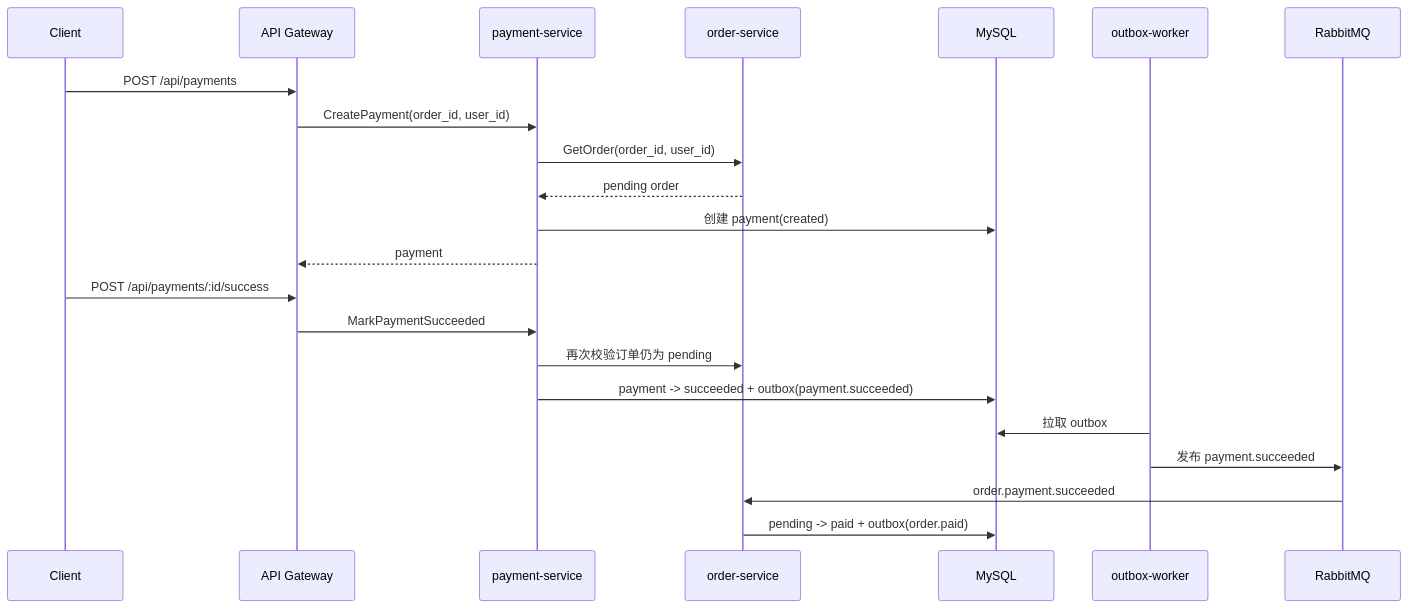
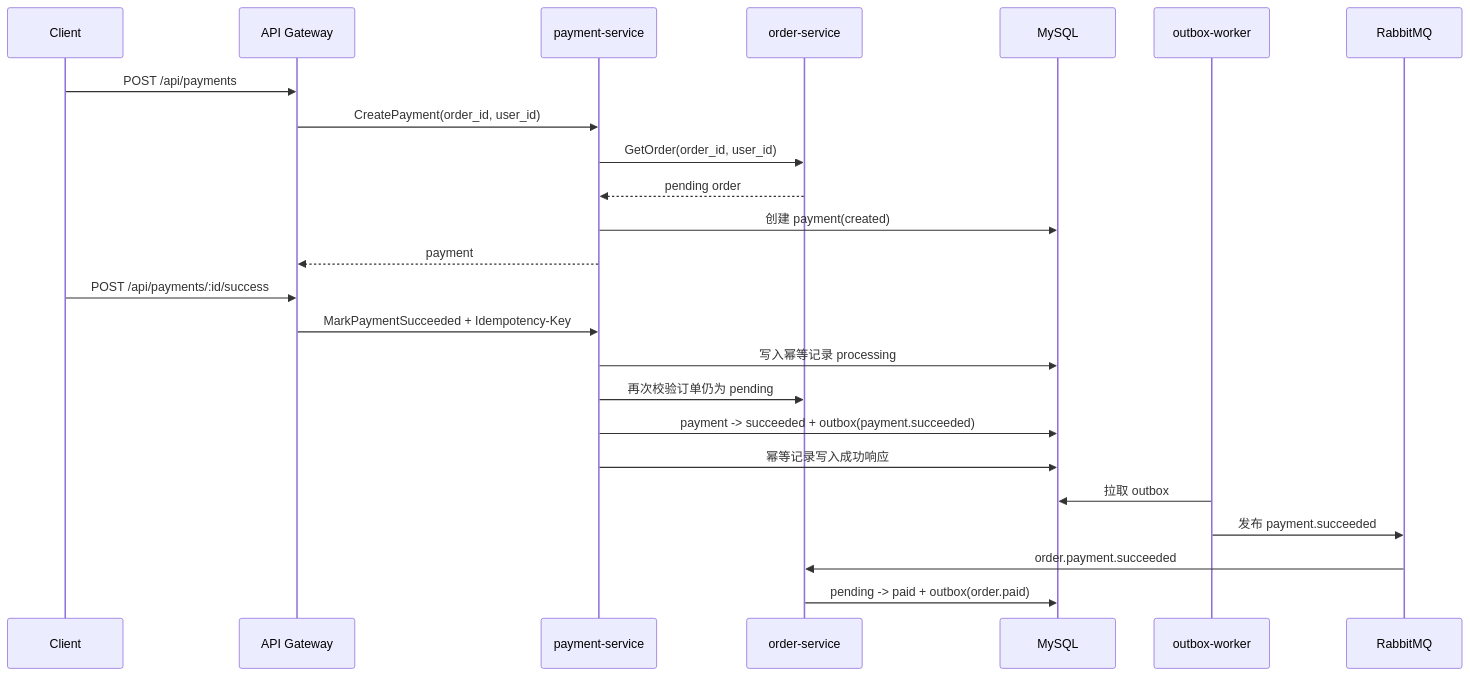
One commit to SymphonyW/Go-Commerce changed the fourth of 7 diagrams in docs/TECHNICAL_DOCUMENT.md. Above: the diagram before and after it, drawn with Mermaid. The commit also changed other lines of this file and 6 other files, not shown here.

Commit message:
feat(idempotency): persist and replay payment success responses

````diff
--- a/docs/TECHNICAL_DOCUMENT.md
+++ b/docs/TECHNICAL_DOCUMENT.md
@@ -172,26 +172,28 @@
 ```mermaid
 sequenceDiagram
     participant C as Client
     participant G as API Gateway
     participant P as payment-service
     participant O as order-service
     participant DB as MySQL
     participant W as outbox-worker
     participant MQ as RabbitMQ
 
     C->>G: POST /api/payments
     G->>P: CreatePayment(order_id, user_id)
     P->>O: GetOrder(order_id, user_id)
     O-->>P: pending order
     P->>DB: 创建 payment(created)
     P-->>G: payment
 
     C->>G: POST /api/payments/:id/success
-    G->>P: MarkPaymentSucceeded
+    G->>P: MarkPaymentSucceeded + Idempotency-Key
+    P->>DB: 写入幂等记录 processing
     P->>O: 再次校验订单仍为 pending
     P->>DB: payment -> succeeded + outbox(payment.succeeded)
+    P->>DB: 幂等记录写入成功响应
     W->>DB: 拉取 outbox
     W->>MQ: 发布 payment.succeeded
     MQ->>O: order.payment.succeeded
     O->>DB: pending -> paid + outbox(order.paid)
 ```
````
